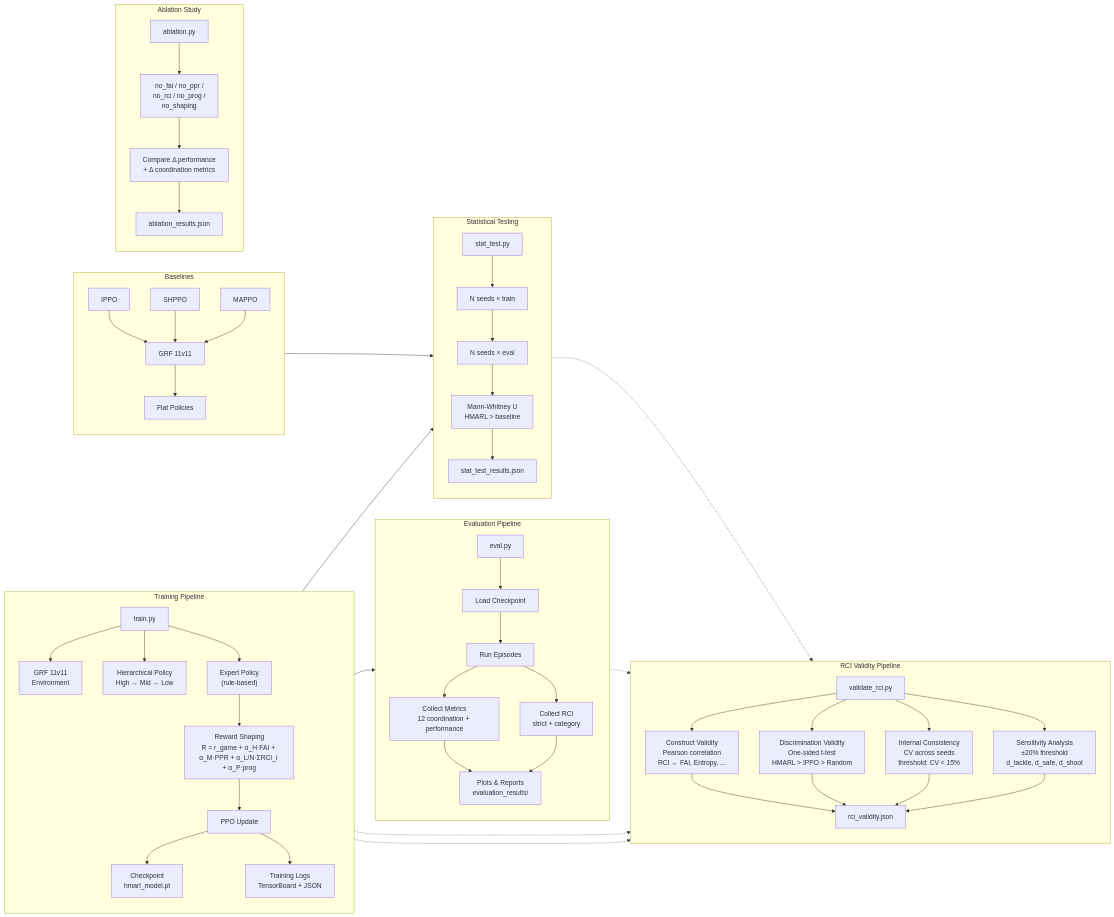
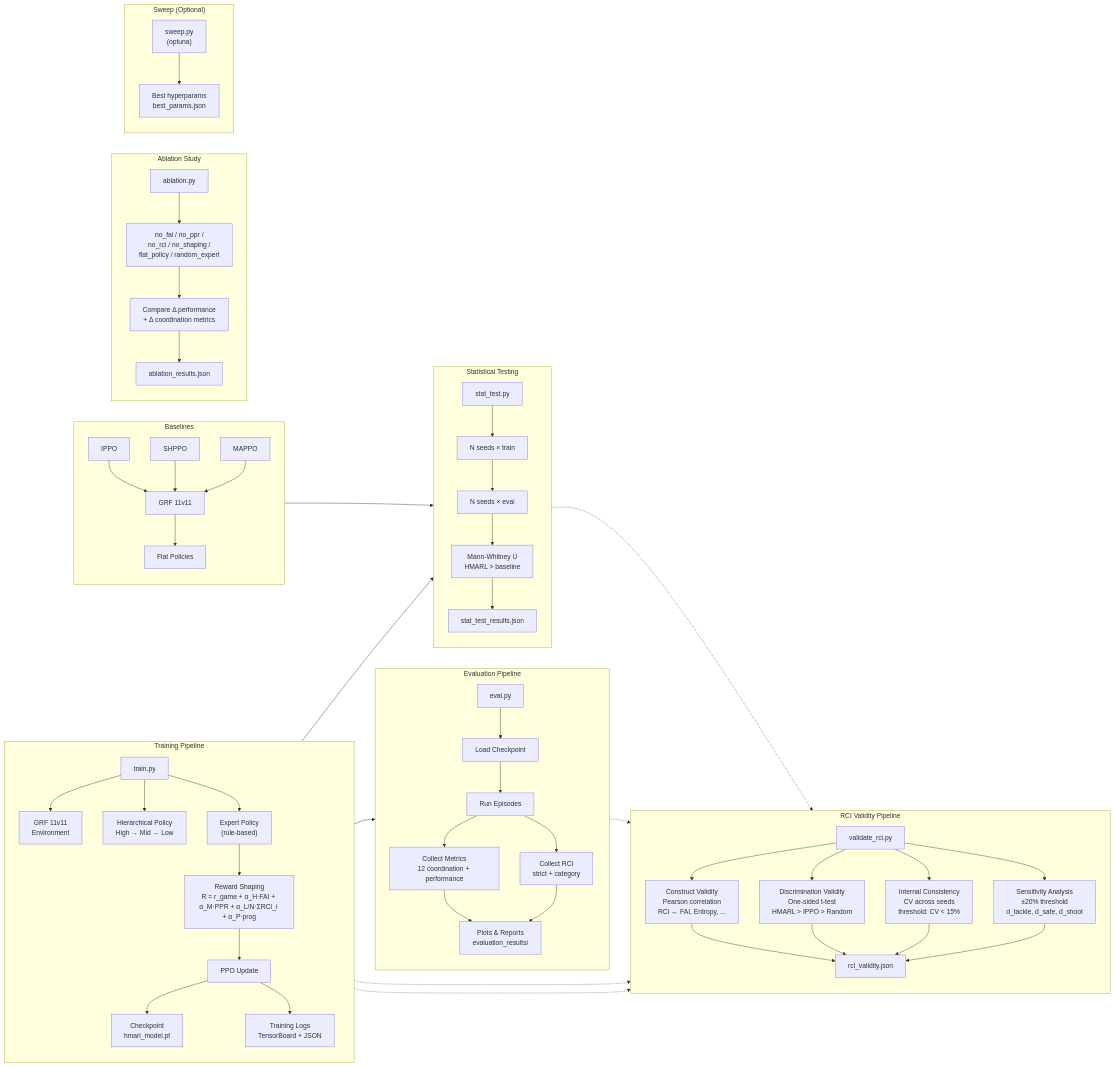
The diagram in README.md (wewnumam/hmarl-grf), drawn with Mermaid before and after one commit. The commit also changed other lines of this file and 6 other files, not shown here.

````diff
--- a/README.md
+++ b/README.md
@@ -53,70 +53,75 @@
 ```mermaid
 flowchart LR
     %% === TRAINING PIPELINE ===
     subgraph TRAIN["Training Pipeline"]
         direction TB
         A1["train.py"] --> A2["GRF 11v11<br/>Environment"]
         A1 --> A3["Hierarchical Policy<br/>High → Mid → Low"]
         A1 --> A4["Expert Policy<br/>(rule-based)"]
         A4 --> A5["Reward Shaping<br/>R = r_game + α_H·FAI + α_M·PPR + α_L/N·ΣRCI_i + α_P·prog"]
         A5 --> A6["PPO Update"]
         A6 --> A7["Checkpoint<br/>hmarl_model.pt"]
         A6 --> A8["Training Logs<br/>TensorBoard + JSON"]
     end
 
     %% === EVALUATION PIPELINE ===
     subgraph EVAL["Evaluation Pipeline"]
         direction TB
         B1["eval.py"] --> B2["Load Checkpoint"]
         B2 --> B3["Run Episodes"]
         B3 --> B4["Collect Metrics<br/>12 coordination + performance"]
         B3 --> B5["Collect RCI<br/>strict + category"]
         B4 --> B6["Plots & Reports<br/>evaluation_results/"]
         B5 --> B6
     end
 
     %% === VALIDATION PIPELINE ===
     subgraph VALID["RCI Validity Pipeline"]
         direction TB
         C1["validate_rci.py"] --> C2["Construct Validity<br/>Pearson correlation<br/>RCI ↔ FAI, Entropy, ..."]
         C1 --> C3["Discrimination Validity<br/>One-sided t-test<br/>HMARL > IPPO > Random"]
         C1 --> C4["Internal Consistency<br/>CV across seeds<br/>threshold: CV < 15%"]
         C1 --> C5["Sensitivity Analysis<br/>±20% threshold<br/>d_tackle, d_safe, d_shoot"]
         C2 --> C6["rci_validity.json"]
         C3 --> C6
         C4 --> C6
         C5 --> C6
     end
 
     %% === BASELINES ===
     subgraph BASE["Baselines"]
         direction TB
         D1["IPPO"] & D2["SHPPO"] & D3["MAPPO"] --> D4["GRF 11v11"]
         D4 --> D5["Flat Policies"]
     end
 
     %% === STAT & ABLATION ===
     subgraph STAT["Statistical Testing"]
         direction TB
         E1["stat_test.py"] --> E2["N seeds × train"]
         E2 --> E3["N seeds × eval"]
         E3 --> E4["Mann-Whitney U<br/>HMARL > baseline"]
         E4 --> E5["stat_test_results.json"]
     end
 
     subgraph ABLAT["Ablation Study"]
         direction TB
-        F1["ablation.py"] --> F2["no_fai / no_ppr /<br/>no_rci / no_prog /<br/>no_shaping"]
+        F1["ablation.py"] --> F2["no_fai / no_ppr /<br/>no_rci / no_shaping /<br/>flat_policy / random_expert"]
         F2 --> F3["Compare Δ performance<br/>+ Δ coordination metrics"]
         F3 --> F4["ablation_results.json"]
+    end
+
+    subgraph SWEEP["Sweep (Optional)"]
+        direction TB
+        G1["sweep.py<br/>(optuna)"] --> G2["Best hyperparams<br/>best_params.json"]
     end
 
     %% === CROSS-CONNECTIONS ===
     A7 --> B2
     A7 --> E2
     D5 --> E3
     A7 -.-> C1
     A8 -.-> C1
     B6 -.-> C1
     E5 -.-> C1
 ```
````
